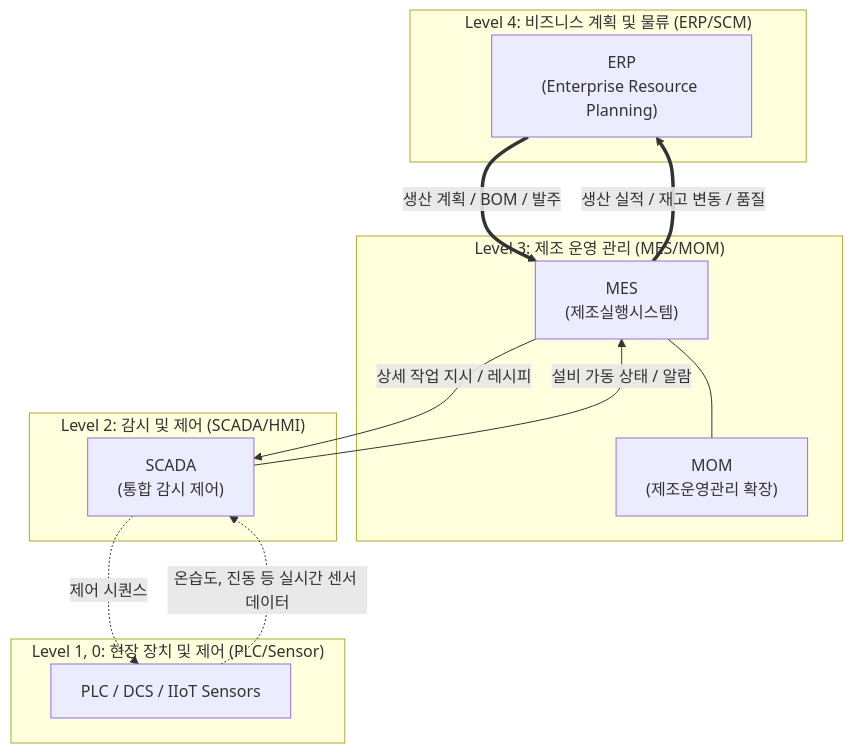
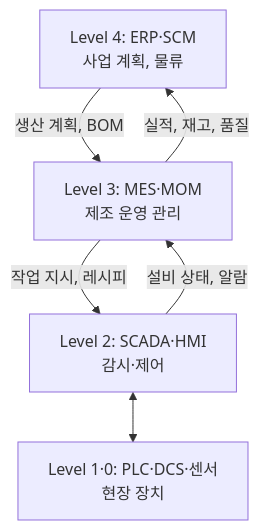
Before and after one commit to supremethumb/supremethumb.github.io: the diagram in content/01_IT Tech/MES.md, drawn with Mermaid. The commit also changed other lines of this file and 1087 other files, not shown here.

````diff
--- a/content/01_IT Tech/MES.md
+++ b/content/01_IT Tech/MES.md
@@ -26,30 +36,12 @@
 ```mermaid
 flowchart TB
-    subgraph L4 ["Level 4: 비즈니스 계획 및 물류 (ERP/SCM)"]
-        ERP["ERP<br/>(Enterprise Resource Planning)"]
-    end
-    
-    subgraph L3 ["Level 3: 제조 운영 관리 (MES/MOM)"]
-        MES["MES<br/>(제조실행시스템)"]
-        MOM["MOM<br/>(제조운영관리 확장)"]
-        MES --- MOM
-    end
-    
-    subgraph L2 ["Level 2: 감시 및 제어 (SCADA/HMI)"]
-        SCADA["SCADA<br/>(통합 감시 제어)"]
-    end
-    
-    subgraph L1_0 ["Level 1, 0: 현장 장치 및 제어 (PLC/Sensor)"]
-        PLC["PLC / DCS / IIoT Sensors"]
-    end
-
-    ERP == "생산 계획 / BOM / 발주" ==> MES
-    MES == "생산 실적 / 재고 변동 / 품질" ==> ERP
-    
-    MES -- "상세 작업 지시 / 레시피" --> SCADA
-    SCADA -- "설비 가동 상태 / 알람" --> MES
-    
-    SCADA -. "제어 시퀀스" .-> PLC
-    PLC -. "온습도, 진동 등 실시간 센서 데이터" .-> SCADA
-
+    L4["Level 4: ERP·SCM<br/>사업 계획, 물류"]
+    L3["Level 3: MES·MOM<br/>제조 운영 관리"]
+    L2["Level 2: SCADA·HMI<br/>감시·제어"]
+    L1["Level 1·0: PLC·DCS·센서<br/>현장 장치"]
+    L4 -->|"생산 계획, BOM"| L3
+    L3 -->|"실적, 재고, 품질"| L4
+    L3 -->|"작업 지시, 레시피"| L2
+    L2 -->|"설비 상태, 알람"| L3
+    L2 <--> L1
 ```
````
